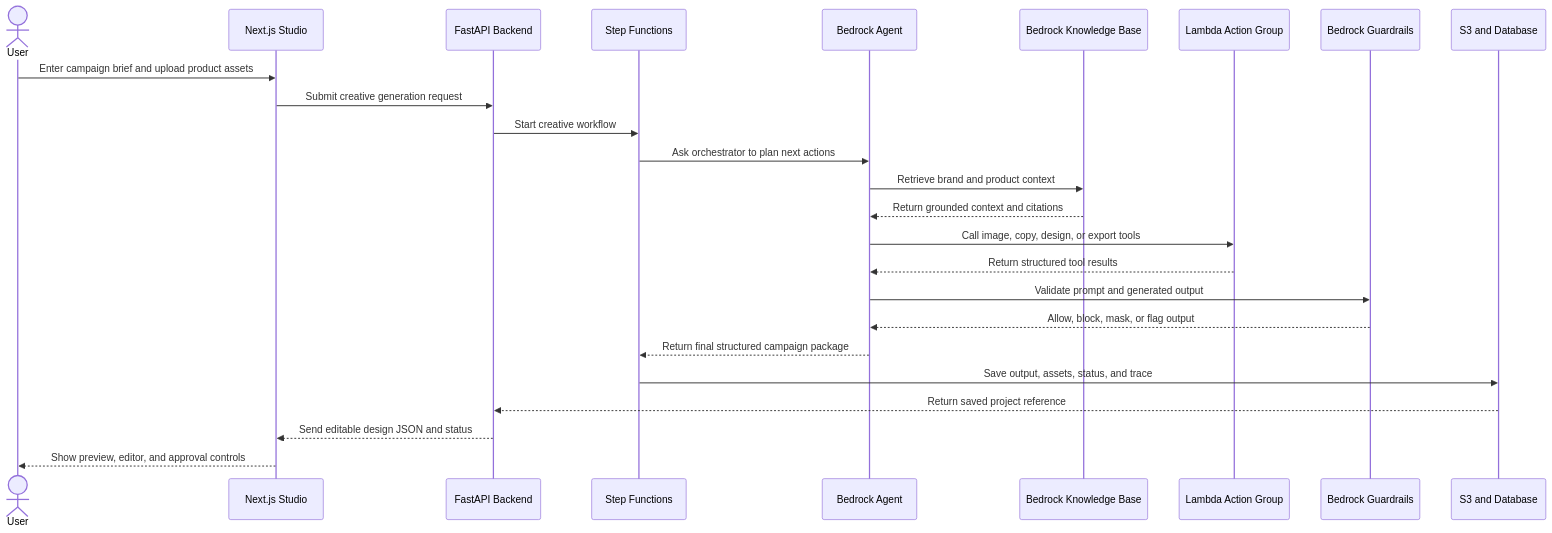
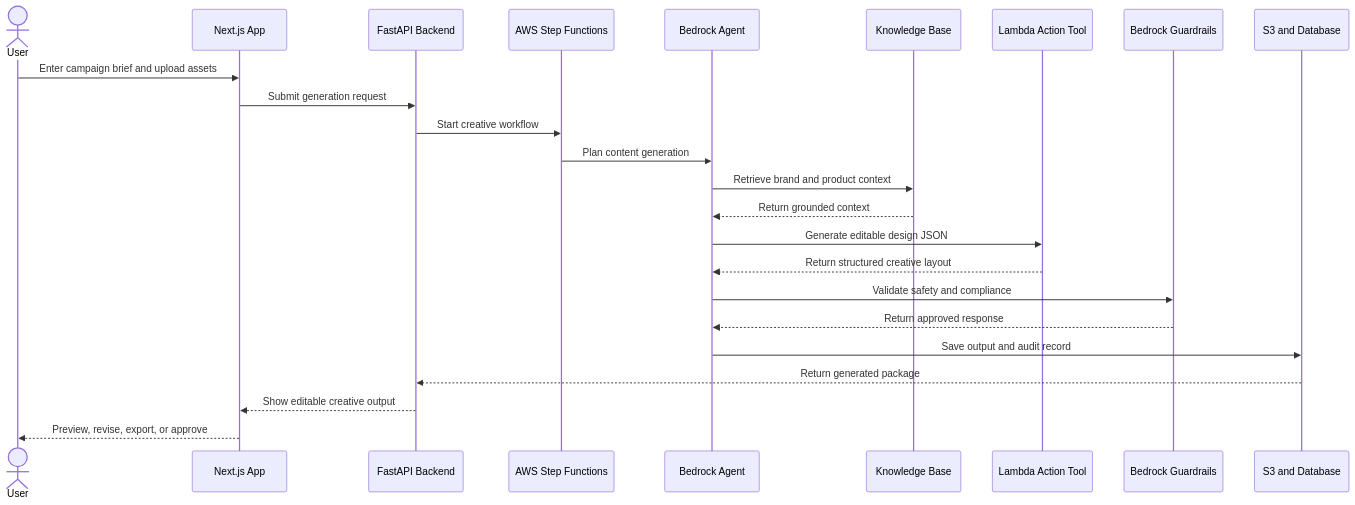
The second of 8 diagrams in README.md (SwapnilMundhekar/WebCut.ai-CreativeOps-Agent-Platform), drawn with Mermaid before and after one commit. The commit also changed other lines of this file, not shown here.

Commit message:
Redesign README with premium WebCut platform identity

````diff
--- a/README.md
+++ b/README.md
@@ -167,28 +159,27 @@
 ```mermaid
 sequenceDiagram
     actor User
-    participant Web as Next.js Studio
+    participant Web as Next.js App
     participant API as FastAPI Backend
-    participant SFN as Step Functions
+    participant SFN as AWS Step Functions
     participant Agent as Bedrock Agent
-    participant KB as Bedrock Knowledge Base
-    participant Tool as Lambda Action Group
+    participant KB as Knowledge Base
+    participant Tool as Lambda Action Tool
     participant Guard as Bedrock Guardrails
     participant Store as S3 and Database
 
-    User->>Web: Enter campaign brief and upload product assets
-    Web->>API: Submit creative generation request
+    User->>Web: Enter campaign brief and upload assets
+    Web->>API: Submit generation request
     API->>SFN: Start creative workflow
-    SFN->>Agent: Ask orchestrator to plan next actions
+    SFN->>Agent: Plan content generation
     Agent->>KB: Retrieve brand and product context
-    KB-->>Agent: Return grounded context and citations
-    Agent->>Tool: Call image, copy, design, or export tools
-    Tool-->>Agent: Return structured tool results
-    Agent->>Guard: Validate prompt and generated output
-    Guard-->>Agent: Allow, block, mask, or flag output
-    Agent-->>SFN: Return final structured campaign package
-    SFN->>Store: Save output, assets, status, and trace
-    Store-->>API: Return saved project reference
-    API-->>Web: Send editable design JSON and status
-    Web-->>User: Show preview, editor, and approval controls
+    KB-->>Agent: Return grounded context
+    Agent->>Tool: Generate editable design JSON
+    Tool-->>Agent: Return structured creative layout
+    Agent->>Guard: Validate safety and compliance
+    Guard-->>Agent: Return approved response
+    Agent->>Store: Save output and audit record
+    Store-->>API: Return generated package
+    API-->>Web: Show editable creative output
+    Web-->>User: Preview, revise, export, or approve
 ```
````
